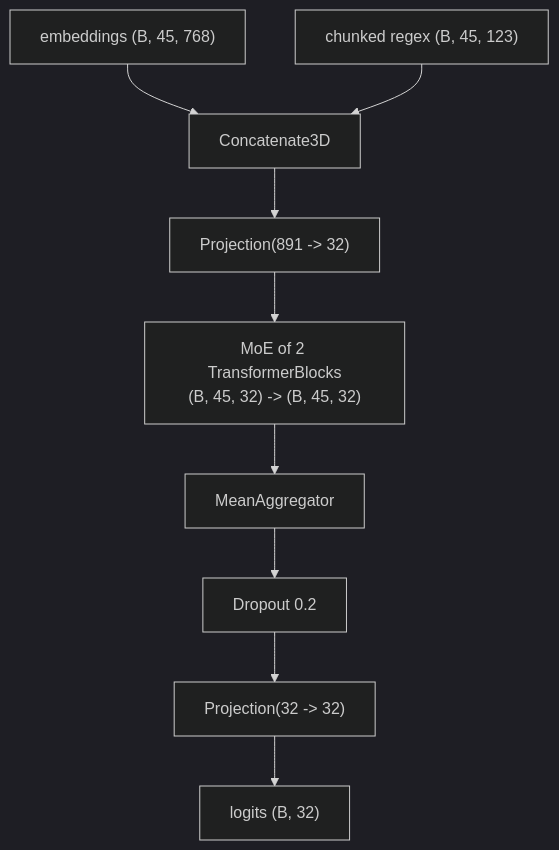
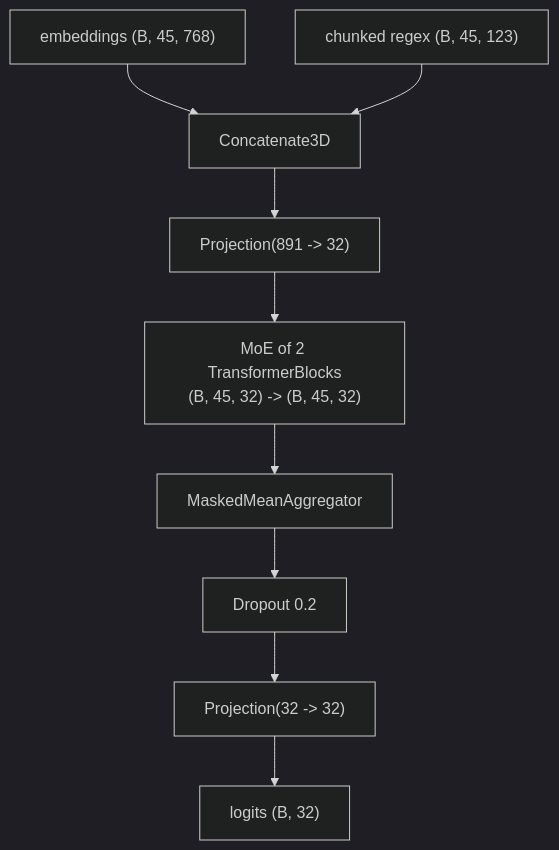
The second of 2 diagrams in docs/05-architectures.md (raoulg/vectormesh), drawn with Mermaid (dark theme) before and after one commit. The commit also changed other lines of this file and 22 other files, not shown here.

````diff
--- a/docs/05-architectures.md
+++ b/docs/05-architectures.md
@@ -141,8 +141,8 @@
 ```mermaid
 flowchart TD
     E["embeddings (B, 45, 768)"] --> C3[Concatenate3D]
     R["chunked regex (B, 45, 123)"] --> C3
     C3 --> P["Projection(891 -> 32)"]
     P --> M["MoE of 2 TransformerBlocks<br/>(B, 45, 32) -> (B, 45, 32)"]
-    M --> AG[MeanAggregator] --> DO[Dropout 0.2] --> PR["Projection(32 -> 32)"] --> L["logits (B, 32)"]
+    M --> AG[MaskedMeanAggregator] --> DO[Dropout 0.2] --> PR["Projection(32 -> 32)"] --> L["logits (B, 32)"]
 ```
````
